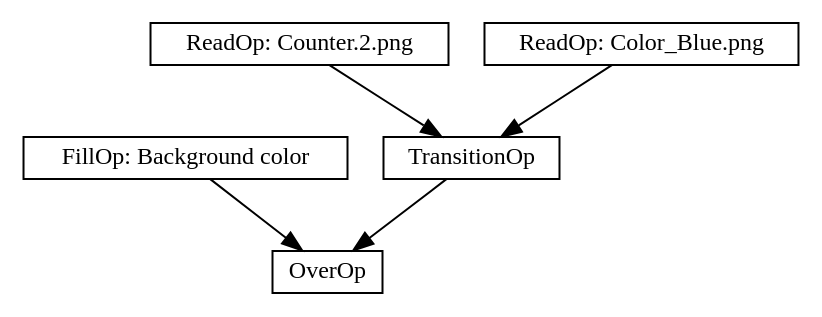
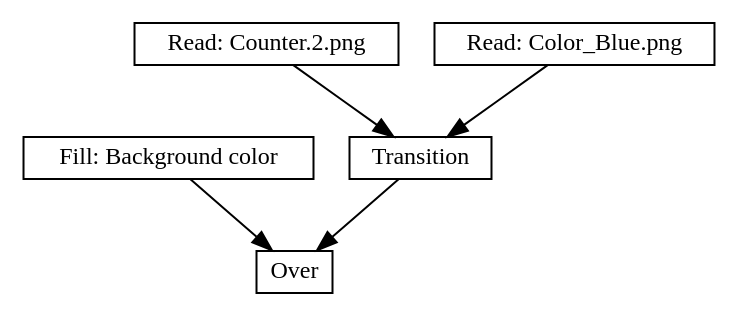
Before and after one commit to darbyjohnston/toucan: the diagram in images/TransitionGraph.dot, drawn with Graphviz. The commit also changed 5 other files, not shown here.

```diff
--- a/images/TransitionGraph.dot
+++ b/images/TransitionGraph.dot
@@ -1,11 +1,11 @@
 digraph CompositeTracks {
-    FillOp [shape=box, label="FillOp: Background color", fontsize=12, margin=0.05, width=0, height=0]
-    ReadOp [shape=box, label="ReadOp: Counter.2.png", fontsize=12, margin=0.05, width=0, height=0]
-    ReadOp2 [shape=box, label="ReadOp: Color_Blue.png", fontsize=12, margin=0.05, width=0, height=0]
-    TransitionOp [shape=box, label="TransitionOp", fontsize=12, margin=0.05, width=0, height=0]
-    OverOp [shape=box, label="OverOp", fontsize=12, margin=0.05, width=0, height=0]
-    FillOp -> OverOp;
-    ReadOp -> TransitionOp;
-    ReadOp2 -> TransitionOp;
-    TransitionOp -> OverOp;
+    Fill [shape=box, label="Fill: Background color", fontsize=12, margin=0.05, width=0, height=0]
+    Read [shape=box, label="Read: Counter.2.png", fontsize=12, margin=0.05, width=0, height=0]
+    Read2 [shape=box, label="Read: Color_Blue.png", fontsize=12, margin=0.05, width=0, height=0]
+    Transition [shape=box, label="Transition", fontsize=12, margin=0.05, width=0, height=0]
+    Over [shape=box, label="Over", fontsize=12, margin=0.05, width=0, height=0]
+    Fill -> Over;
+    Read -> Transition;
+    Read2 -> Transition;
+    Transition -> Over;
 }
```
